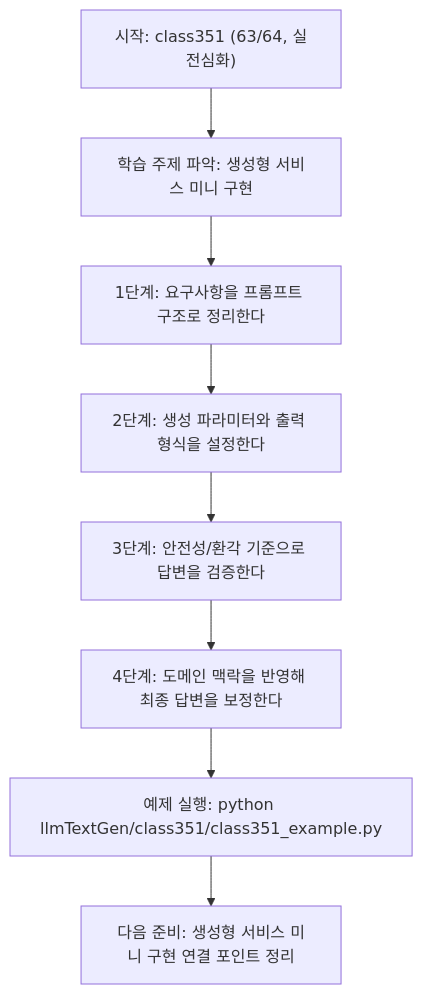
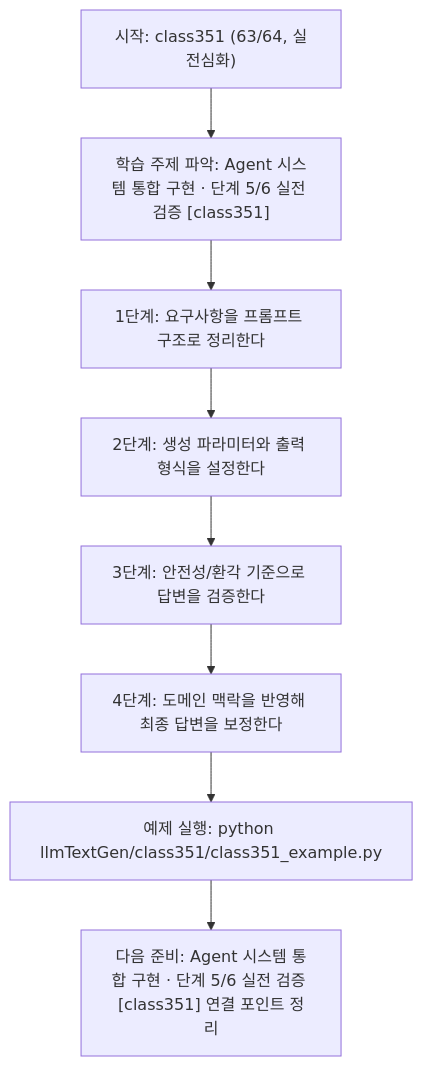
The diagram in llmTextGen/class351/class351.md (edumgt/Python-AI_Agent-Class), drawn with Mermaid before and after one commit. The commit also changed other lines of this file and 522 other files, not shown here.

````diff
--- a/llmTextGen/class351/class351.md
+++ b/llmTextGen/class351/class351.md
@@ -114,18 +115,18 @@
 ```mermaid
 flowchart TD
 N1["시작: class351 (63/64, 실전심화)"]
-N2["학습 주제 파악: 생성형 서비스 미니 구현"]
+N2["학습 주제 파악: Agent 시스템 통합 구현 · 단계 5/6 실전 검증 [class351]"]
 N3["1단계: 요구사항을 프롬프트 구조로 정리한다"]
 N4["2단계: 생성 파라미터와 출력 형식을 설정한다"]
 N5["3단계: 안전성/환각 기준으로 답변을 검증한다"]
 N6["4단계: 도메인 맥락을 반영해 최종 답변을 보정한다"]
 N7["예제 실행: python llmTextGen/class351/class351_example.py"]
-N8["다음 준비: 생성형 서비스 미니 구현 연결 포인트 정리"]
+N8["다음 준비: Agent 시스템 통합 구현 · 단계 5/6 실전 검증 [class351] 연결 포인트 정리"]
 N1 --> N2
 N2 --> N3
 N3 --> N4
 N4 --> N5
 N5 --> N6
 N6 --> N7
 N7 --> N8
 ```
````
